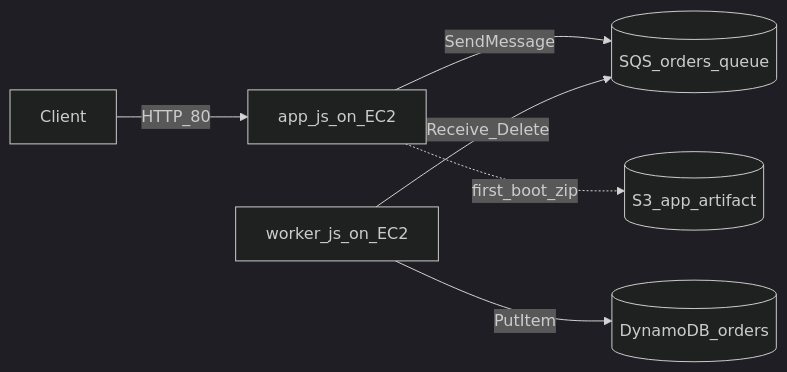
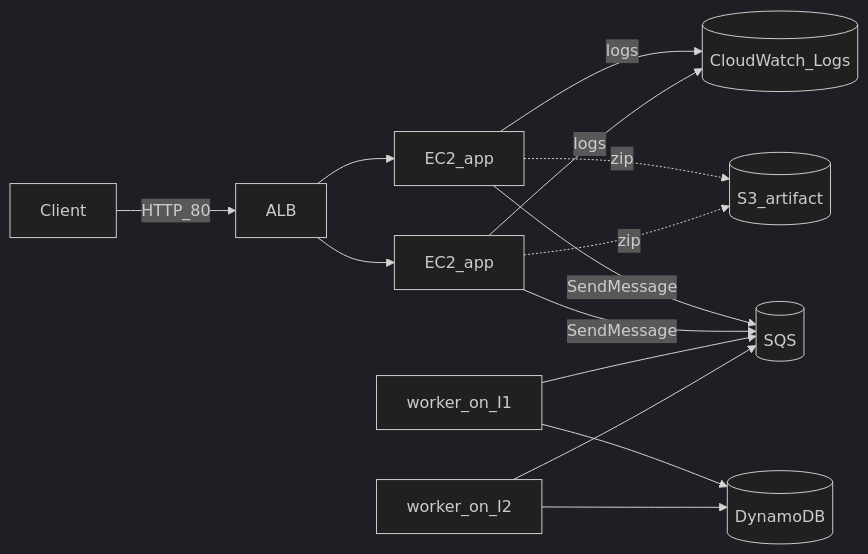
The diagram in deploy/README.md (abdelalnajjar/PrimeCart), drawn with Mermaid (dark theme) before and after one commit. The commit also changed other lines of this file and 6 other files, not shown here.

````diff
--- a/deploy/README.md
+++ b/deploy/README.md
@@ -59,8 +61,16 @@
 ```mermaid
 flowchart LR
-  C[Client] -->|HTTP_80| App[app_js_on_EC2]
-  App -->|SendMessage| Q[(SQS_orders_queue)]
-  Worker[worker_js_on_EC2] -->|Receive_Delete| Q
-  Worker -->|PutItem| DDB[(DynamoDB_orders)]
-  App -.->|first_boot_zip| S3zip[(S3_app_artifact)]
+  C[Client] -->|HTTP_80| ALB[ALB]
+  ALB --> I1[EC2_app]
+  ALB --> I2[EC2_app]
+  I1 -->|SendMessage| Q[(SQS)]
+  I2 -->|SendMessage| Q
+  W1[worker_on_I1] --> Q
+  W2[worker_on_I2] --> Q
+  W1 --> DDB[(DynamoDB)]
+  W2 --> DDB
+  I1 -.->|zip| S3zip[(S3_artifact)]
+  I2 -.->|zip| S3zip
+  I1 -->|logs| CW[(CloudWatch_Logs)]
+  I2 -->|logs| CW
 ```
````
